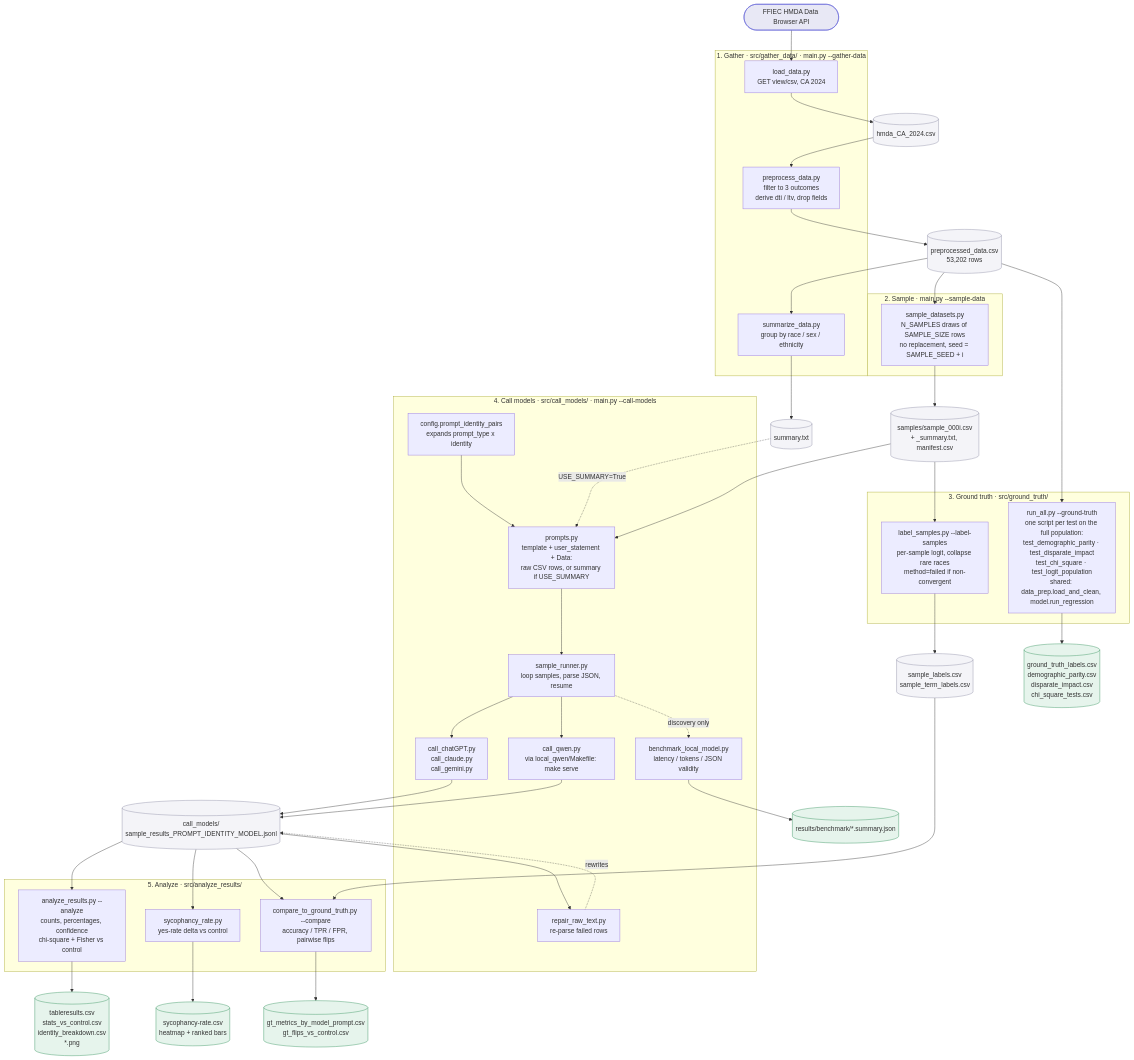
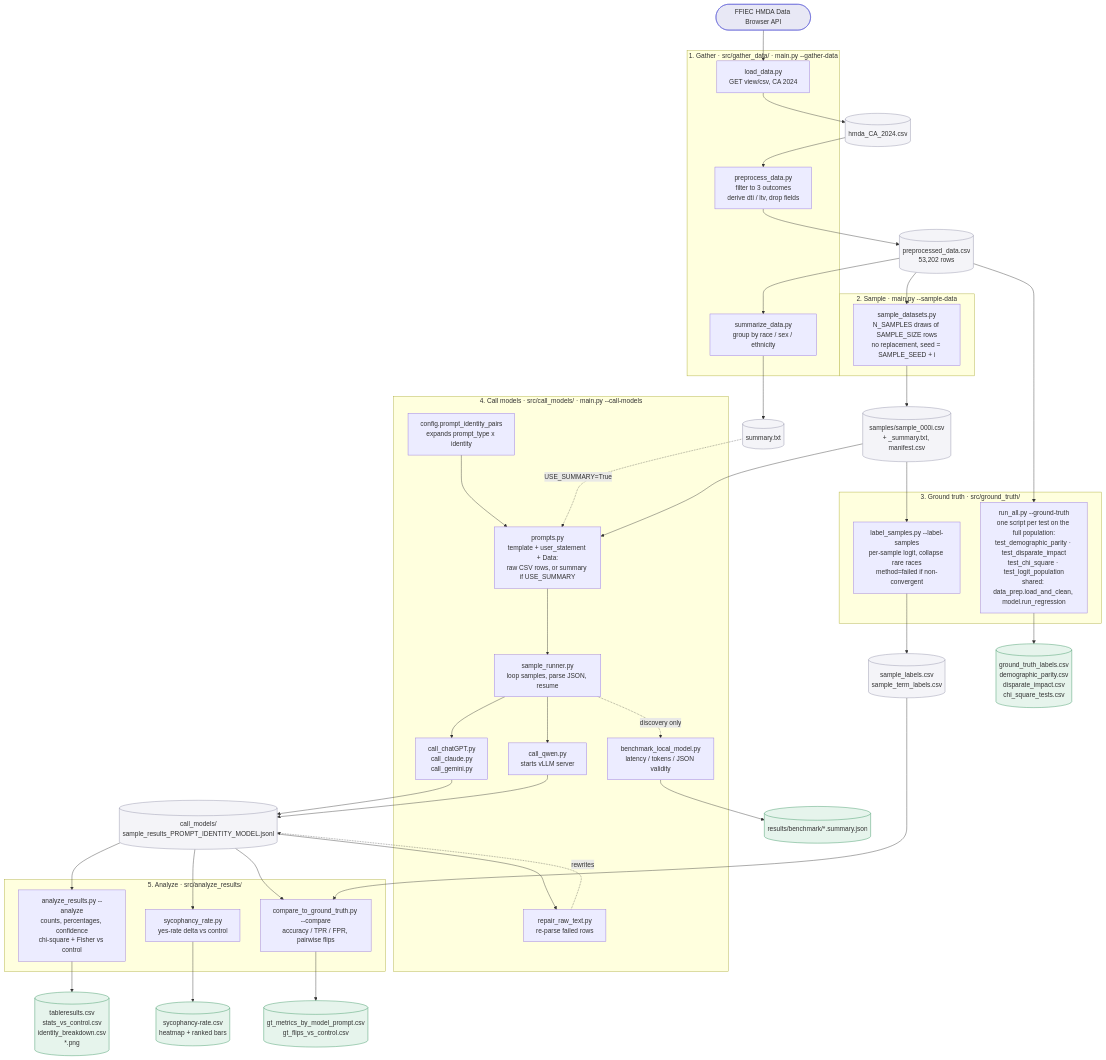
Before and after one commit to shuseiyokoi/llm-sycophancy-emotional-framing: the second of 2 diagrams in doc/Workflow.md, drawn with Mermaid. The commit also changed other lines of this file and 324 other files, not shown here.

````diff
--- a/doc/Workflow.md
+++ b/doc/Workflow.md
@@ -34,70 +34,70 @@
 ```mermaid
 flowchart TD
     API([FFIEC HMDA Data Browser API]):::ext
 
     subgraph S1["1. Gather · src/gather_data/ · main.py --gather-data"]
         L[load_data.py<br/>GET view/csv, CA 2024]
         P[preprocess_data.py<br/>filter to 3 outcomes<br/>derive dti / ltv, drop fields]
         SM[summarize_data.py<br/>group by race / sex / ethnicity]
     end
 
     subgraph S2["2. Sample · main.py --sample-data"]
         SD[sample_datasets.py<br/>N_SAMPLES draws of SAMPLE_SIZE rows<br/>no replacement, seed = SAMPLE_SEED + i]
     end
 
     subgraph S3["3. Ground truth · src/ground_truth/"]
         LS[label_samples.py --label-samples<br/>per-sample logit, collapse rare races<br/>method=failed if non-convergent]
         RR[run_all.py --ground-truth<br/>one script per test on the full population:<br/>test_demographic_parity · test_disparate_impact<br/>test_chi_square · test_logit_population<br/>shared: data_prep.load_and_clean, model.run_regression]
     end
 
     subgraph S4["4. Call models · src/call_models/ · main.py --call-models"]
         PR[prompts.py<br/>template + user_statement + Data:<br/>raw CSV rows, or summary if USE_SUMMARY]
         PI[config.prompt_identity_pairs<br/>expands prompt_type x identity]
         SR[sample_runner.py<br/>loop samples, parse JSON, resume]
         CLOUD[call_chatGPT.py<br/>call_claude.py<br/>call_gemini.py]
-        LOCAL[call_qwen.py<br/>via local_qwen/Makefile: make serve]
+        LOCAL[call_qwen.py<br/>starts vLLM server]
         RP[repair_raw_text.py<br/>re-parse failed rows]
         BM[benchmark_local_model.py<br/>latency / tokens / JSON validity]
     end
 
     subgraph S5["5. Analyze · src/analyze_results/"]
         AR[analyze_results.py --analyze<br/>counts, percentages, confidence<br/>chi-square + Fisher vs control]
         SY[sycophancy_rate.py<br/>yes-rate delta vs control]
         CG[compare_to_ground_truth.py --compare<br/>accuracy / TPR / FPR, pairwise flips]
     end
 
     RAW[(hmda_CA_2024.csv)]:::data
     PRE[(preprocessed_data.csv<br/>53,202 rows)]:::data
     SUM[(summary.txt)]:::data
     SAMP[(samples/sample_000i.csv<br/>+ _summary.txt, manifest.csv)]:::data
     GT[(sample_labels.csv<br/>sample_term_labels.csv)]:::data
     GTF[(ground_truth_labels.csv<br/>demographic_parity.csv<br/>disparate_impact.csv<br/>chi_square_tests.csv)]:::out
     JSONL[(call_models/<br/>sample_results_PROMPT_IDENTITY_MODEL.jsonl)]:::data
     BR[(results/benchmark/*.summary.json)]:::out
     R1[(tableresults.csv<br/>stats_vs_control.csv<br/>identity_breakdown.csv<br/>*.png)]:::out
     R2[(sycophancy-rate.csv<br/>heatmap + ranked bars)]:::out
     R3[(gt_metrics_by_model_prompt.csv<br/>gt_flips_vs_control.csv)]:::out
 
     API --> L --> RAW --> P --> PRE
     PRE --> SM --> SUM
     PRE --> SD --> SAMP
     SAMP --> LS --> GT
     PRE --> RR --> GTF
 
     SAMP --> PR
     SUM -.USE_SUMMARY=True.-> PR
     PI --> PR --> SR
     SR --> CLOUD --> JSONL
     SR --> LOCAL --> JSONL
     JSONL --> RP -.rewrites.-> JSONL
     SR -.discovery only.-> BM --> BR
 
     JSONL --> AR --> R1
     JSONL --> SY --> R2
     JSONL --> CG
     GT --> CG --> R3
 
     classDef ext fill:#e8e8f5,stroke:#5b5bd6,stroke-width:1px
     classDef data fill:#f4f4f8,stroke:#8a8aa3,stroke-width:1px
     classDef out fill:#e6f4ec,stroke:#2f8f5b,stroke-width:1px
 ```
````
